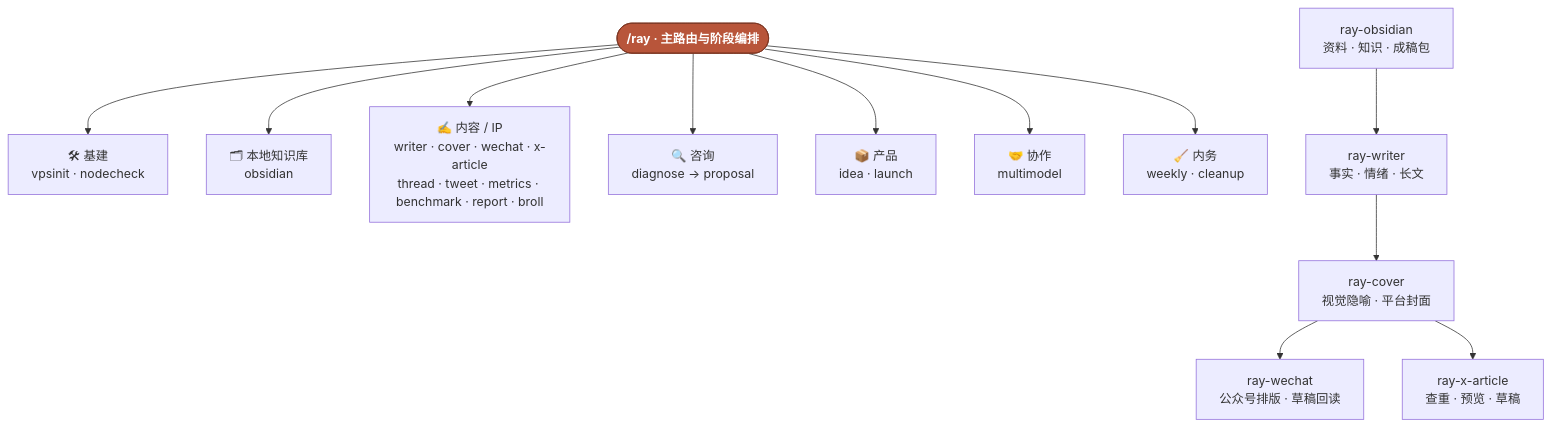
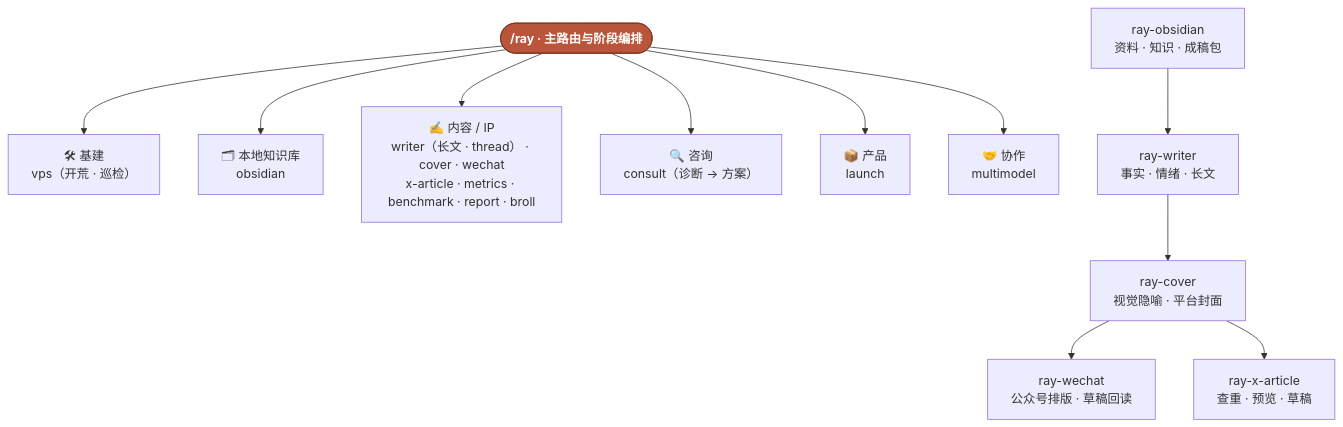
One commit to imraywang/rayskills changed the diagram in README.md. Above: the diagram before and after it, drawn with Mermaid. The commit also changed other lines of this file and 41 other files, not shown here.

````diff
--- a/README.md
+++ b/README.md
@@ -67,19 +65,18 @@
 ```mermaid
 flowchart TD
     RAY(["/ray · 主路由与阶段编排"]):::hub
 
-    RAY --> INFRA["🛠 基建<br/>vpsinit · nodecheck"]
+    RAY --> INFRA["🛠 基建<br/>vps（开荒 · 巡检）"]
     RAY --> KNOWLEDGE["🗂 本地知识库<br/>obsidian"]
-    RAY --> CONTENT["✍️ 内容 / IP<br/>writer · cover · wechat · x-article<br/>thread · tweet · metrics · benchmark · report · broll"]
-    RAY --> CONSULT["🔍 咨询<br/>diagnose → proposal"]
-    RAY --> PRODUCT["📦 产品<br/>idea · launch"]
+    RAY --> CONTENT["✍️ 内容 / IP<br/>writer（长文 · thread） · cover · wechat<br/>x-article · metrics · benchmark · report · broll"]
+    RAY --> CONSULT["🔍 咨询<br/>consult（诊断 → 方案）"]
+    RAY --> PRODUCT["📦 产品<br/>launch"]
     RAY --> COLLAB["🤝 协作<br/>multimodel"]
-    RAY --> OPS["🧹 内务<br/>weekly · cleanup"]
 
     OBSIDIAN["ray-obsidian<br/>资料 · 知识 · 成稿包"] --> WRITER["ray-writer<br/>事实 · 情绪 · 长文"]
     WRITER --> COVER["ray-cover<br/>视觉隐喻 · 平台封面"]
     COVER --> WECHAT["ray-wechat<br/>公众号排版 · 草稿回读"]
     COVER --> XARTICLE["ray-x-article<br/>查重 · 预览 · 草稿"]
 
     classDef hub fill:#b8553a,stroke:#7a3320,color:#fff,font-weight:bold;
 ```
````
